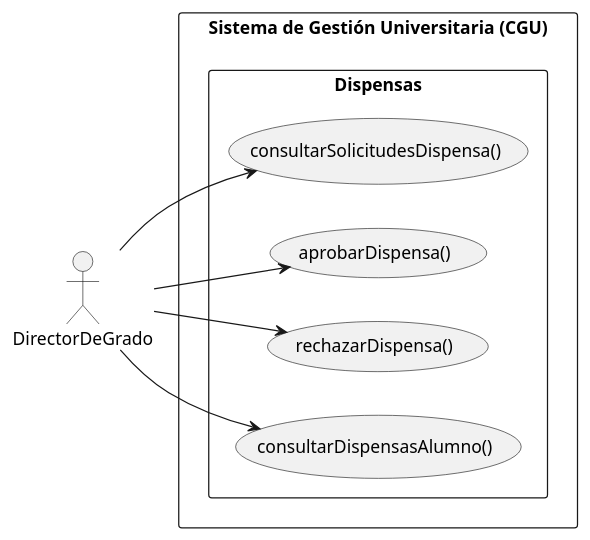
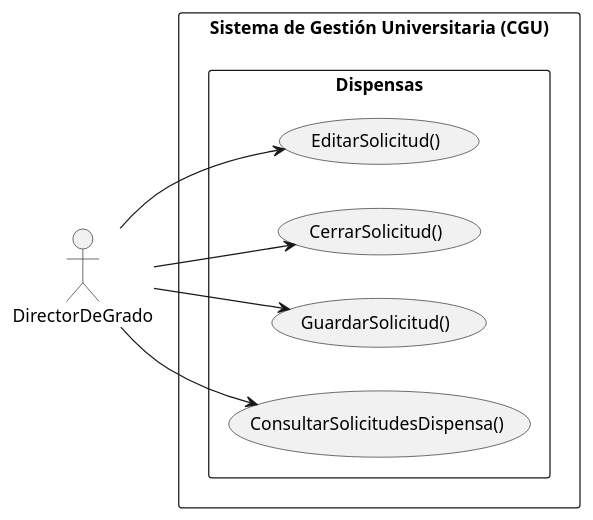
The diagram in documents/CasosDeUso/DirectorDeGrado/DirectorDeGrado.puml (enmabry/25-26-IdSw1-SdR), drawn with PlantUML before and after one commit. The commit also changed 7 other files, not shown here.

Commit message:
Modificacion Diagrama CdU DirectorDeGrado

```diff
--- a/documents/CasosDeUso/DirectorDeGrado/DirectorDeGrado.puml
+++ b/documents/CasosDeUso/DirectorDeGrado/DirectorDeGrado.puml
@@ -1,22 +1,23 @@
 @startuml
 left to right direction
 skinparam packageStyle rectangle
 
 actor DirectorDeGrado
 
 rectangle "Sistema de Gestión Universitaria (CGU)" {
 
     package "Dispensas" {
-        usecase "consultarSolicitudesDispensa()" as DispensasConsultarSolicitudes
-        usecase "aprobarDispensa()" as DispensasAprobar
-        usecase "rechazarDispensa()" as DispensasRechazar
-        usecase "consultarDispensasAlumno()" as DispensasAlumnoConsultar
+        usecase "EditarSolicitud()" as DispensasEditarSolicitudes
+        usecase "CerrarSolicitud()" as DispensasCerrarSolicitudes
+        usecase "GuardarSolicitud()" as DispensasGuardarSolicitudes
+        usecase "ConsultarSolicitudesDispensa()" as DispensasConsultarSolicitudes
+
     }
 
     DirectorDeGrado --> DispensasConsultarSolicitudes
-    DirectorDeGrado --> DispensasAprobar
-    DirectorDeGrado --> DispensasRechazar
-    DirectorDeGrado --> DispensasAlumnoConsultar
+    DirectorDeGrado --> DispensasEditarSolicitudes
+    DirectorDeGrado --> DispensasCerrarSolicitudes
+    DirectorDeGrado --> DispensasGuardarSolicitudes
 }
 
 @enduml
```
